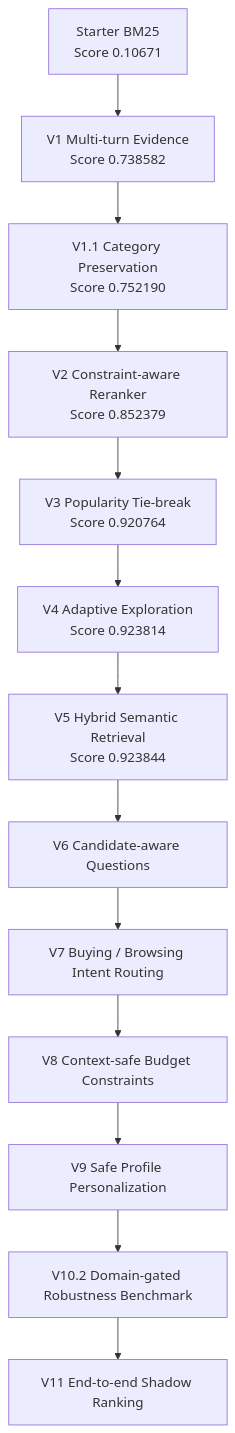
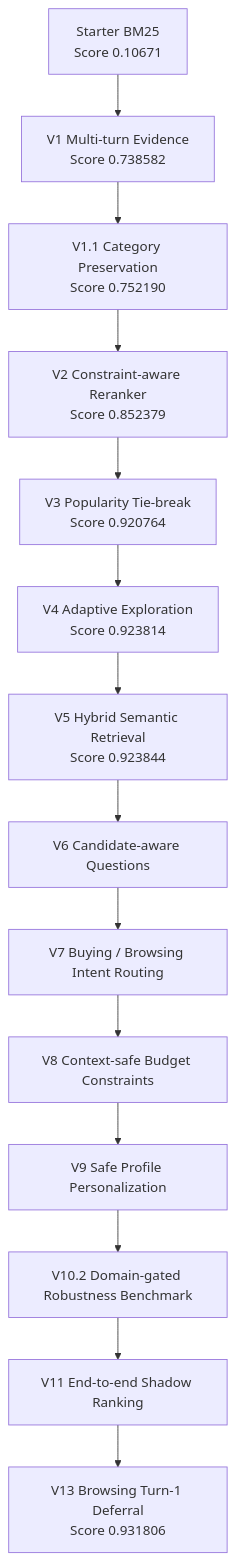
One commit to rishu1903/larpers-go-shopping changed the fourth of 5 diagrams in README.md. Above: the diagram before and after it, drawn with Mermaid. The commit also changed other lines of this file and 2 other files, not shown here.

First line of the commit message:
feat: defer browsing turn-1 recommendations to improve MRR

````diff
--- a/README.md
+++ b/README.md
@@ -146,30 +146,32 @@
 ```mermaid
 flowchart TD
     V0[Starter BM25<br/>Score 0.10671]
 
     V1[V1 Multi-turn Evidence<br/>Score 0.738582]
 
     V11[V1.1 Category Preservation<br/>Score 0.752190]
 
     V2[V2 Constraint-aware Reranker<br/>Score 0.852379]
 
     V3[V3 Popularity Tie-break<br/>Score 0.920764]
 
     V4[V4 Adaptive Exploration<br/>Score 0.923814]
 
     V5[V5 Hybrid Semantic Retrieval<br/>Score 0.923844]
 
     V6[V6 Candidate-aware Questions]
 
     V7[V7 Buying / Browsing Intent Routing]
 
     V8[V8 Context-safe Budget Constraints]
 
     V9[V9 Safe Profile Personalization]
 
     V10[V10.2 Domain-gated Robustness Benchmark]
 
     V11E[V11 End-to-end Shadow Ranking]
 
-    V0 --> V1 --> V11 --> V2 --> V3 --> V4 --> V5 --> V6 --> V7 --> V8 --> V9 --> V10 --> V11E
+    V13[V13 Browsing Turn-1 Deferral<br/>Score 0.931806]
+
+    V0 --> V1 --> V11 --> V2 --> V3 --> V4 --> V5 --> V6 --> V7 --> V8 --> V9 --> V10 --> V11E --> V13
 ```
````
